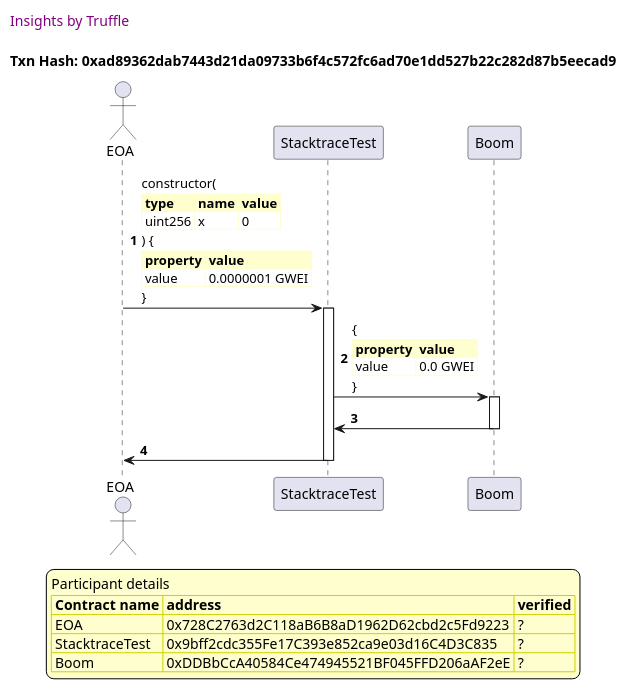
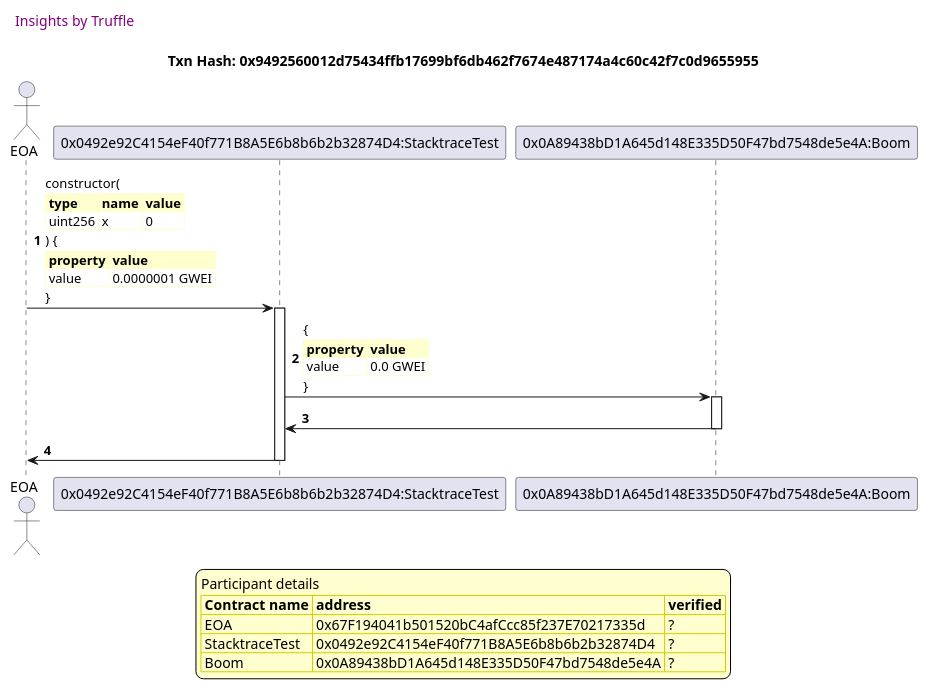
Before and after one commit to trufflesuite/txlog-seedlings: the third of 11 diagrams in truffle-seq/stacktrace.test.md, drawn with PlantUML. The commit also changed other lines of this file and 3 other files, not shown here.

````diff
--- a/truffle-seq/stacktrace.test.md
+++ b/truffle-seq/stacktrace.test.md
@@ -136,58 +136,58 @@
 ```plantuml
 
 
 @startuml
 
 autonumber
 skinparam legendBackgroundColor #FEFECE
 
 <style>
       header {
         HorizontalAlignment left
         FontColor purple
         FontSize 14
         Padding 10
       }
     </style>
 
 header Insights by Truffle
 
-title Txn Hash: 0xad89362dab7443d21da09733b6f4c572fc6ad70e1dd527b22c282d87b5eecad9
+title Txn Hash: 0x9492560012d75434ffb17699bf6db462f7674e487174a4c60c42f7c0d9655955
 
 
 actor EOA as "EOA"
 
-participant StacktraceTest as "StacktraceTest"
+participant StacktraceTest as "0x0492e92C4154eF40f771B8A5E6b8b6b2b32874D4:StacktraceTest"
 
-participant Boom as "Boom"
+participant Boom as "0x0A89438bD1A645d148E335D50F47bd7548de5e4A:Boom"
 
 "EOA" -> "StacktraceTest" ++: constructor(\n\
 <#FEFECE,#FEFECE>|= type |= name |= value |\n\
 | uint256 | x | 0 |\n\
 ) {\n\
 <#FEFECE,#FEFECE>|= property |= value|\n\
 | value | 0.0000001 GWEI |\n\
 }
 
 "StacktraceTest" -> "Boom" ++: {\n\
 <#FEFECE,#FEFECE>|= property |= value|\n\
 | value | 0.0 GWEI |\n\
 }
 
 "Boom" -> "StacktraceTest" --: 
 
 "StacktraceTest" -> "EOA" --: 
 
 
 
 legend
 Participant details
 <#FEFECE,#D0D000>|= Contract name |= address |= verified |
-<#FEFECE>| EOA | 0x728C2763d2C118aB6B8aD1962D62cbd2c5Fd9223 | ? |
-<#FEFECE>| StacktraceTest | 0x9bff2cdc355Fe17C393e852ca9e03d16C4D3C835 | ? |
-<#FEFECE>| Boom | 0xDDBbCcA40584Ce474945521BF045FFD206aAF2eE | ? |
+<#FEFECE>| EOA | 0x67F194041b501520bC4afCcc85f237E70217335d | ? |
+<#FEFECE>| StacktraceTest | 0x0492e92C4154eF40f771B8A5E6b8b6b2b32874D4 | ? |
+<#FEFECE>| Boom | 0x0A89438bD1A645d148E335D50F47bd7548de5e4A | ? |
 endlegend
 
 
 @enduml
 ```
````
